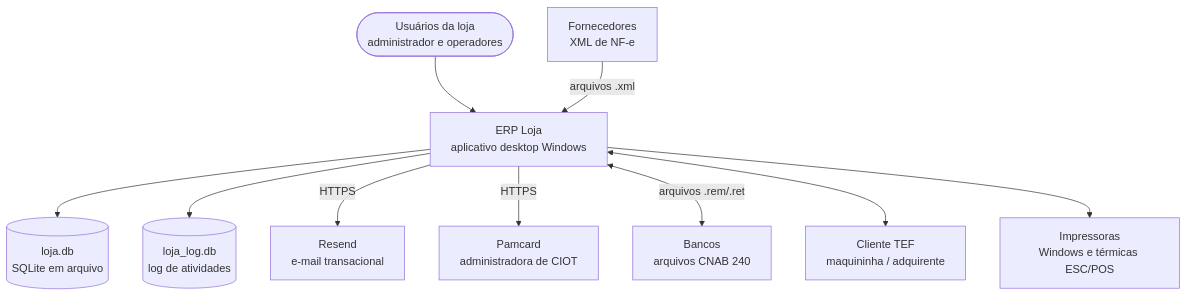
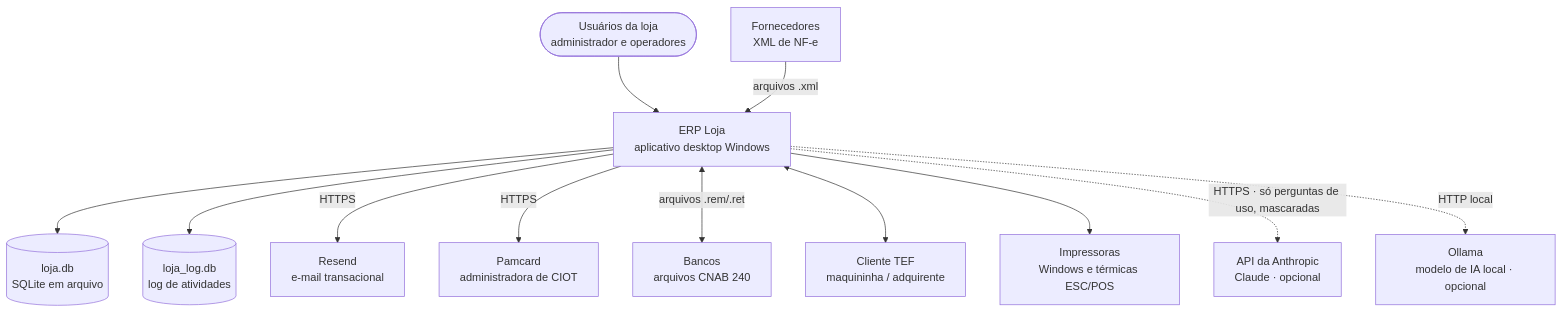
One commit to thales-fratarcangeli/erp_completo changed the first of 5 diagrams in docs/05-arquitetura.md. Above: the diagram before and after it, drawn with Mermaid. The commit also changed other lines of this file and 37 other files, not shown here.

````diff
--- a/docs/05-arquitetura.md
+++ b/docs/05-arquitetura.md
@@ -11,22 +11,26 @@
 ```mermaid
 flowchart TB
     usuario([Usuários da loja<br/>administrador e operadores])
     erp[ERP Loja<br/>aplicativo desktop Windows]
     db[(loja.db<br/>SQLite em arquivo)]
     log[(loja_log.db<br/>log de atividades)]
     resend[Resend<br/>e-mail transacional]
     pamcard[Pamcard<br/>administradora de CIOT]
     banco[Bancos<br/>arquivos CNAB 240]
     forn[Fornecedores<br/>XML de NF-e]
     tef[Cliente TEF<br/>maquininha / adquirente]
     imp[Impressoras<br/>Windows e térmicas ESC/POS]
+    anthropic[API da Anthropic<br/>Claude · opcional]
+    ollama[Ollama<br/>modelo de IA local · opcional]
     usuario --> erp
     erp --> db
     erp --> log
     erp -->|HTTPS| resend
     erp -->|HTTPS| pamcard
     erp <-->|arquivos .rem/.ret| banco
     forn -->|arquivos .xml| erp
     erp <--> tef
     erp --> imp
+    erp -.->|HTTPS · só perguntas de uso, mascaradas| anthropic
+    erp -.->|HTTP local| ollama
 ```
````
